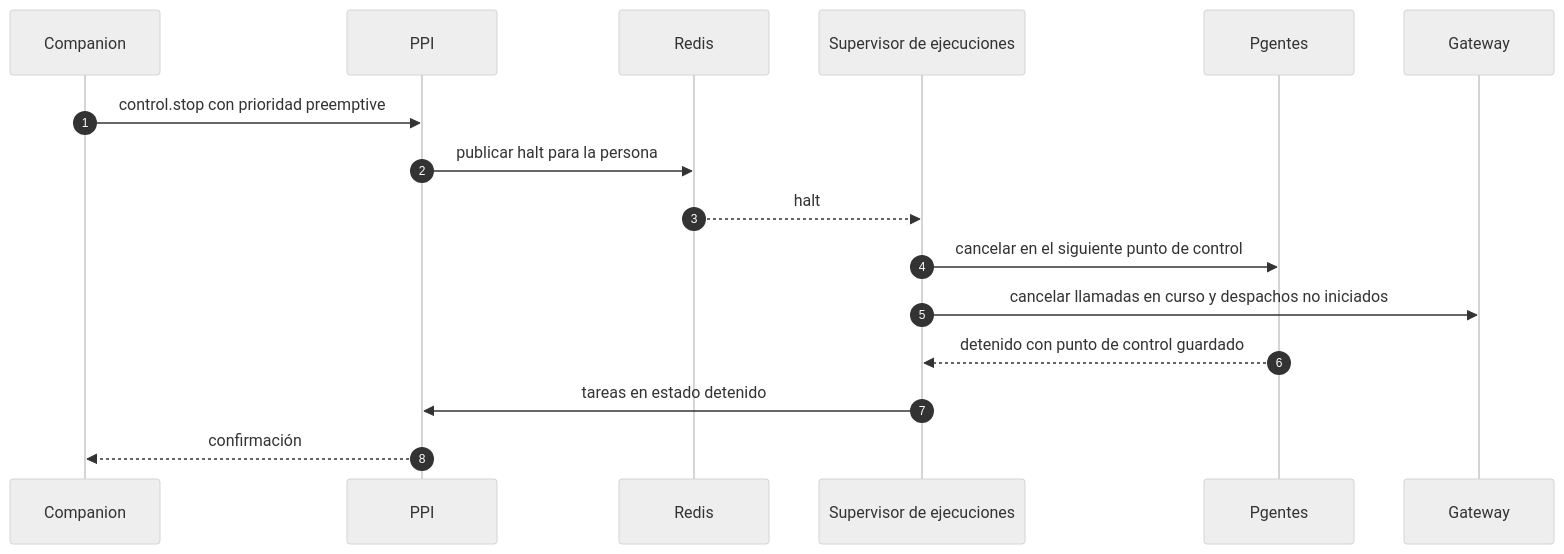
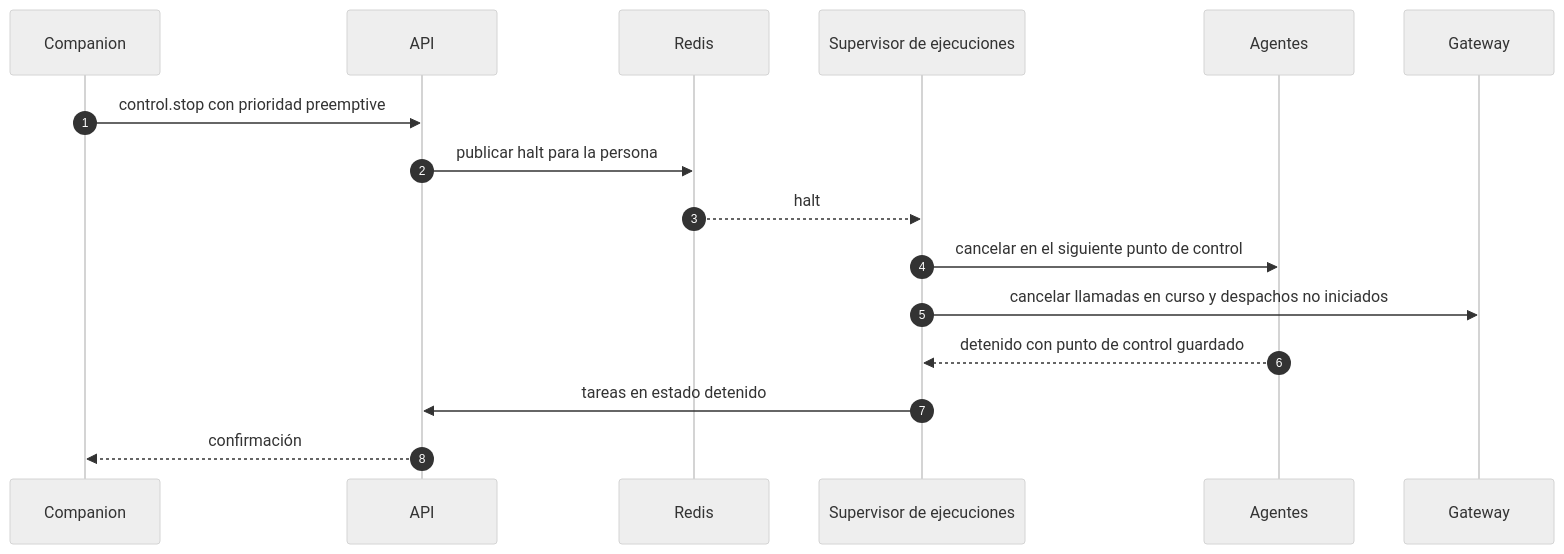
One commit to Sacost586swag/CoalsenseDispatch changed the fourth of 4 diagrams in .kiro/specs/02-orquestador-y-agentes/design.md. Above: the diagram before and after it, drawn with Mermaid (neutral theme). The commit also changed other lines of this file and 6 other files, not shown here.

````diff
--- a/.kiro/specs/02-orquestador-y-agentes/design.md
+++ b/.kiro/specs/02-orquestador-y-agentes/design.md
@@ -157,18 +157,18 @@
 ```mermaid
 sequenceDiagram
   autonumber
   participant CMP as Companion
-  participant PPI as PPI
+  participant API as API
   participant RED as Redis
   participant SUP as Supervisor de ejecuciones
-  participant PG as Pgentes
+  participant PG as Agentes
   participant GW as Gateway
-  CMP->>PPI: control.stop con prioridad preemptive
-  PPI->>RED: publicar halt para la persona
+  CMP->>API: control.stop con prioridad preemptive
+  API->>RED: publicar halt para la persona
   RED-->>SUP: halt
   SUP->>PG: cancelar en el siguiente punto de control
   SUP->>GW: cancelar llamadas en curso y despachos no iniciados
   PG-->>SUP: detenido con punto de control guardado
-  SUP->>PPI: tareas en estado detenido
-  PPI-->>CMP: confirmación
+  SUP->>API: tareas en estado detenido
+  API-->>CMP: confirmación
 ```
````
